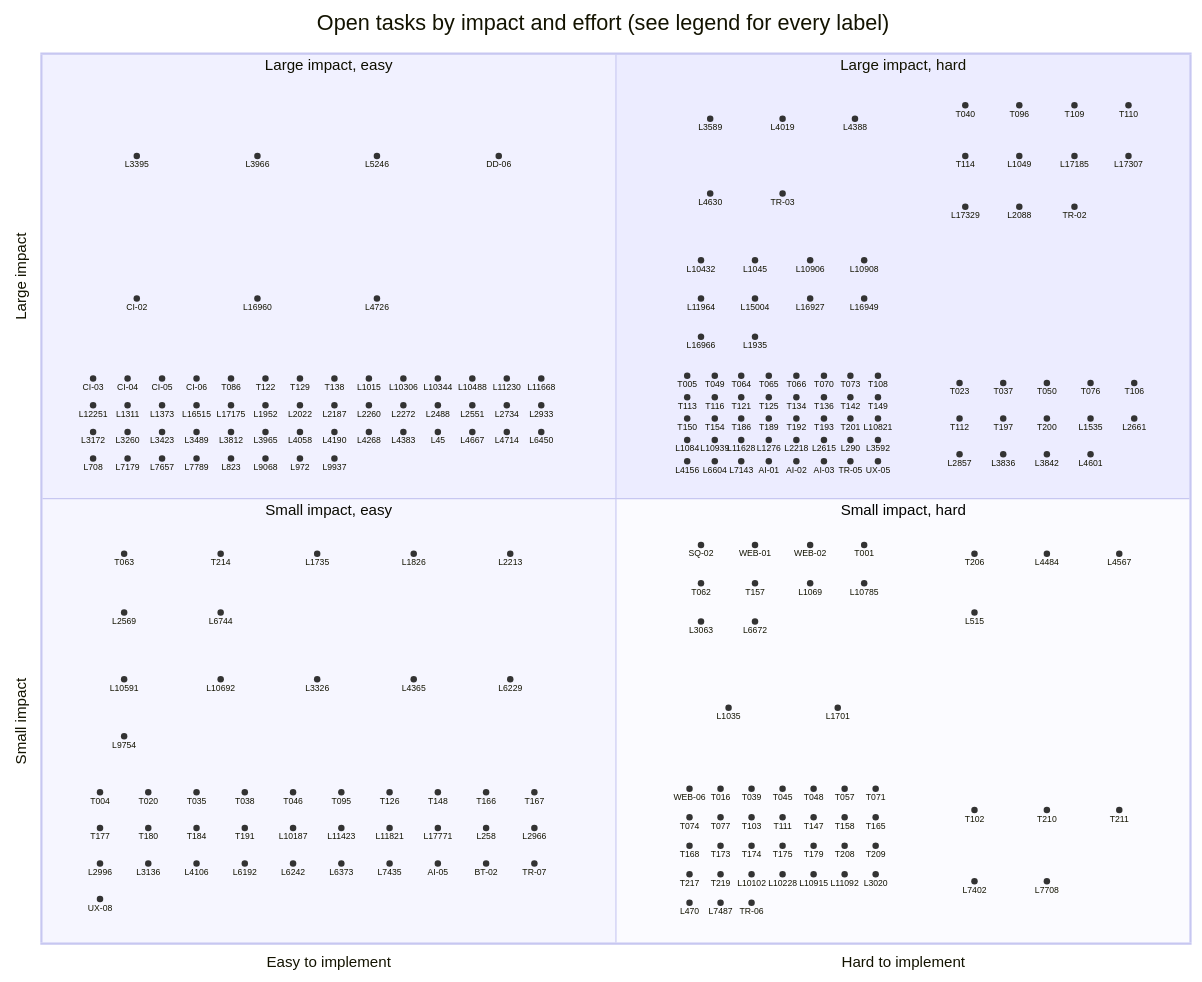
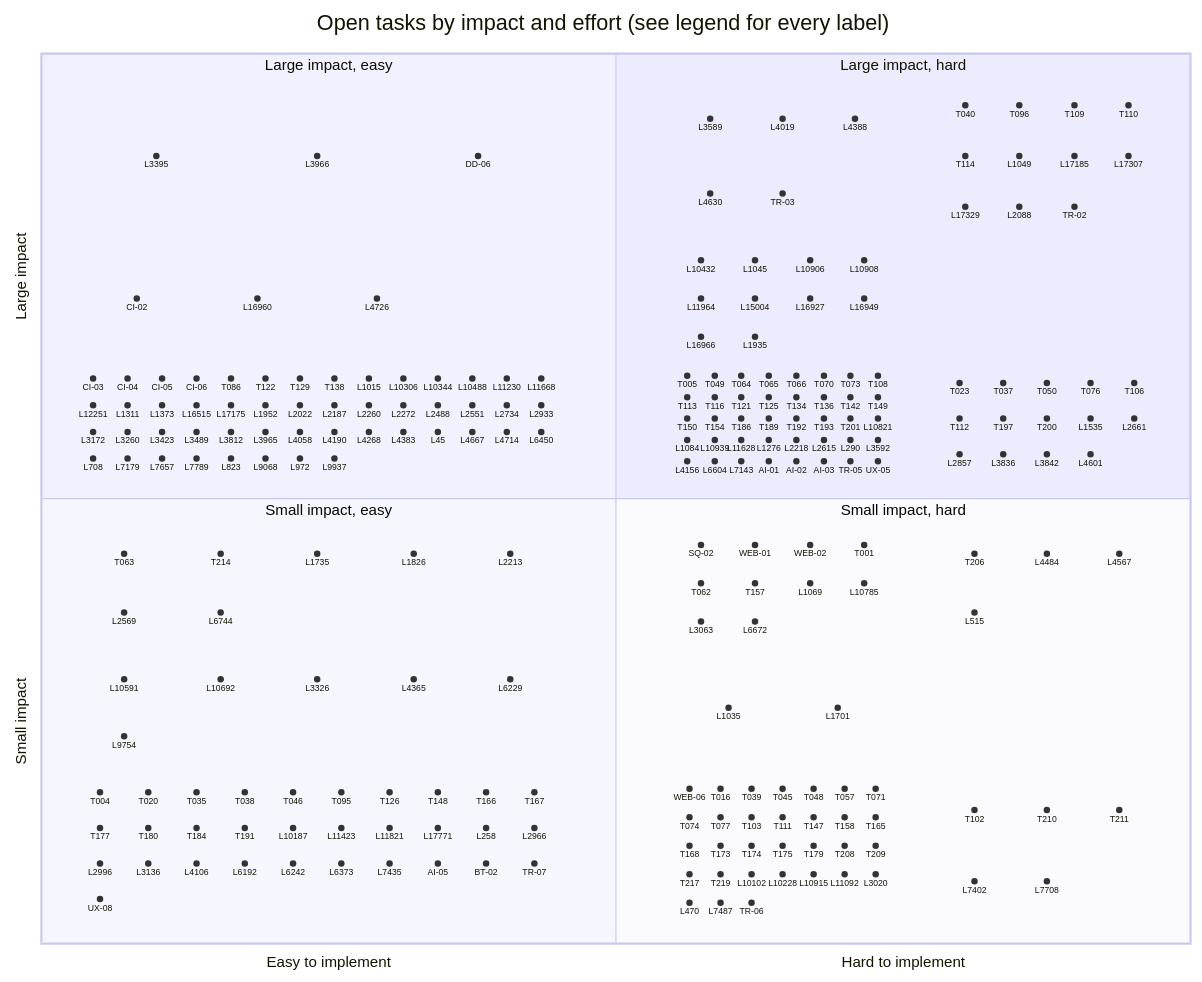
The diagram in docs/agent-tasks/todo-completion-2026-09/QUADRANT.md (falkcorp/audiobook-organizer), drawn with Mermaid before and after one commit. The commit also changed other lines of this file and 1 other file, not shown here.

```diff
--- a/docs/agent-tasks/todo-completion-2026-09/QUADRANT.md
+++ b/docs/agent-tasks/todo-completion-2026-09/QUADRANT.md
@@ -37,10 +37,9 @@
     quadrant-2 "Large impact, easy"
     quadrant-3 "Small impact, easy"
     quadrant-4 "Small impact, hard"
-    L3395: [0.083, 0.885]
-    L3966: [0.188, 0.885]
-    L5246: [0.292, 0.885]
-    DD-06: [0.398, 0.885]
+    L3395: [0.1, 0.885]
+    L3966: [0.24, 0.885]
+    DD-06: [0.38, 0.885]
     L3589: [0.582, 0.927]
     L4019: [0.645, 0.927]
     L4388: [0.708, 0.927]
```
